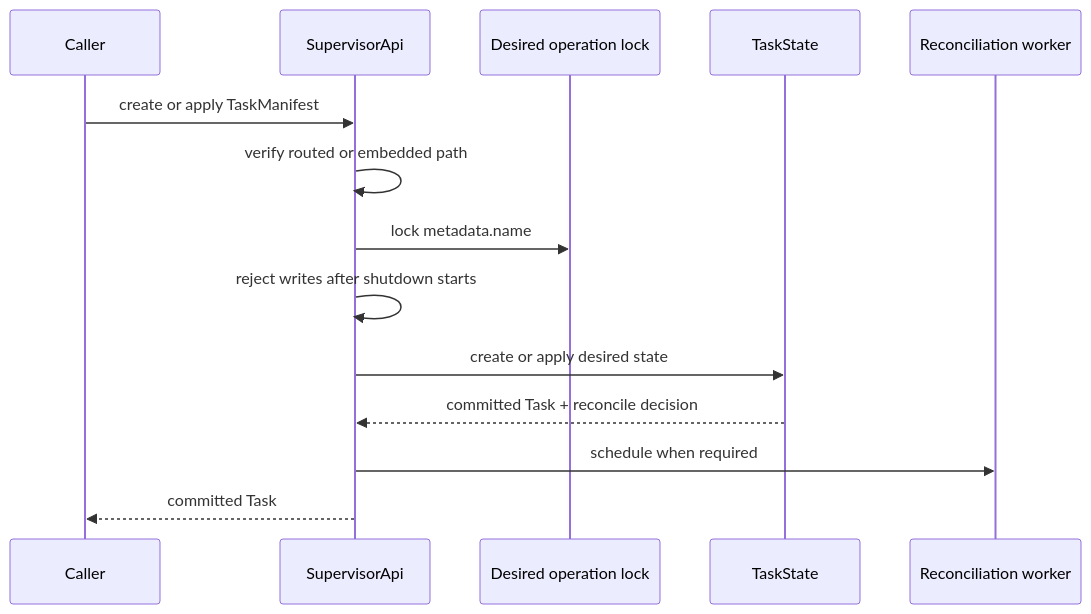
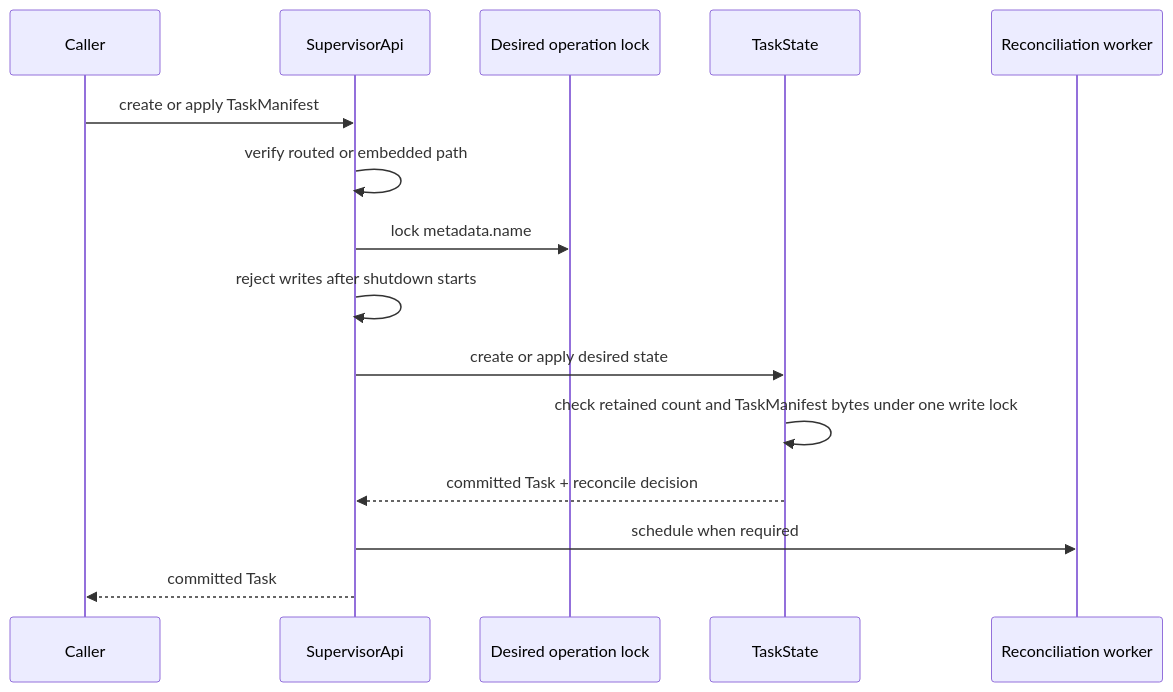
One commit to soltiHQ/sdk changed the third of 8 diagrams in crates/solti-core/ARCHITECTURE.md. Above: the diagram before and after it, drawn with Mermaid. The commit also changed other lines of this file and 222 other files, not shown here.

````diff
--- a/crates/solti-core/ARCHITECTURE.md
+++ b/crates/solti-core/ARCHITECTURE.md
@@ -120,17 +120,18 @@
 ```mermaid
 sequenceDiagram
     participant Caller
     participant API as SupervisorApi
     participant Lock as Desired operation lock
     participant State as TaskState
     participant Worker as Reconciliation worker
 
     Caller->>API: create or apply TaskManifest
     API->>API: verify routed or embedded path
     API->>Lock: lock metadata.name
     API->>API: reject writes after shutdown starts
     API->>State: create or apply desired state
+    State->>State: check retained count and TaskManifest bytes under one write lock
     State-->>API: committed Task + reconcile decision
     API->>Worker: schedule when required
     API-->>Caller: committed Task
 ```
````
